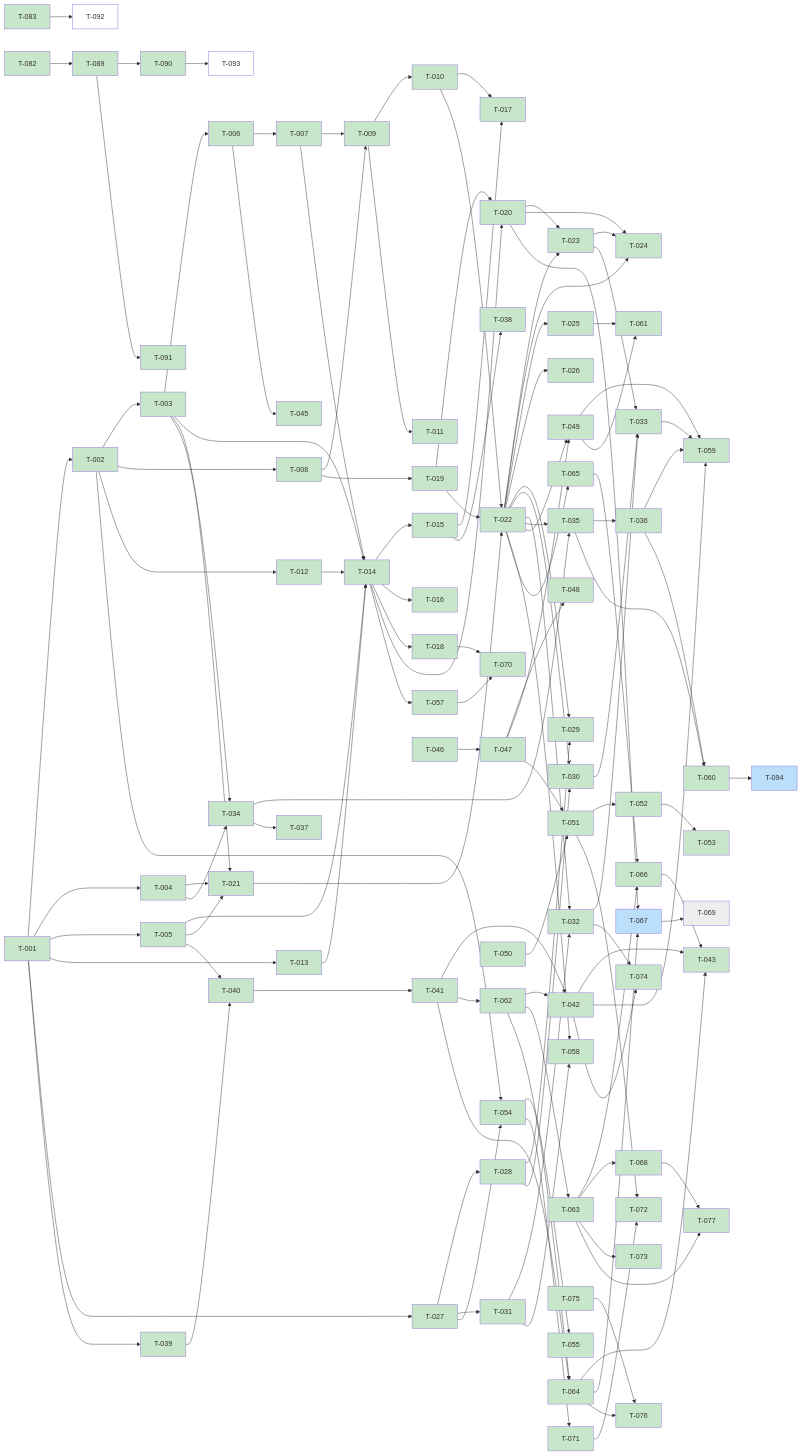
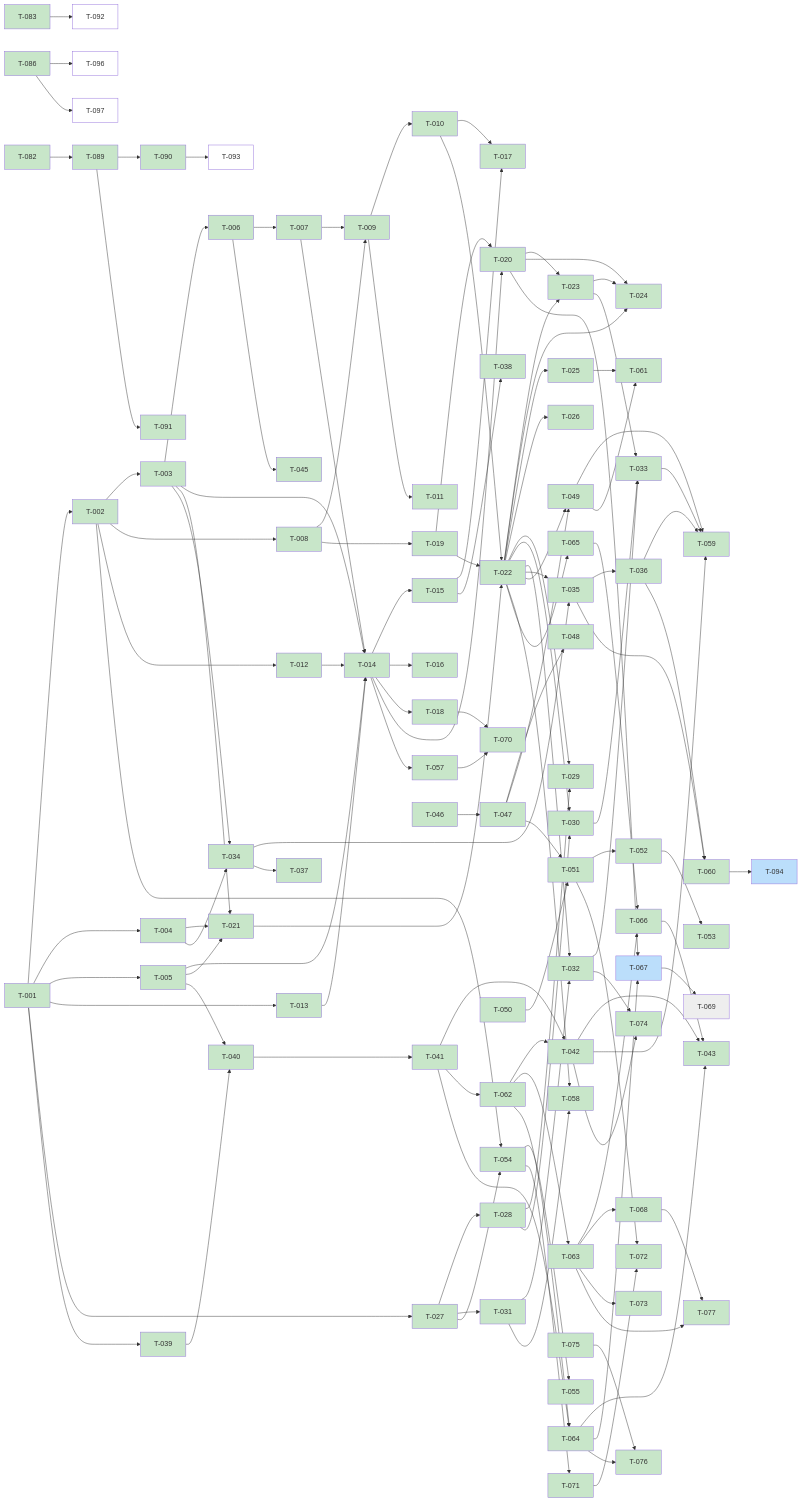
Before and after one commit to scholtz/biatec-chat: the diagram in kanban/BOARD.md, drawn with Mermaid. The commit also changed other lines of this file and 3 other files, not shown here.

````diff
--- a/kanban/BOARD.md
+++ b/kanban/BOARD.md
@@ -249,6 +252,8 @@
   T083[T-083] --> T092[T-092]
   T090[T-090] --> T093[T-093]
   T060[T-060] --> T094[T-094]
+  T086[T-086] --> T096[T-096]
+  T086[T-086] --> T097[T-097]
   classDef done fill:#c8e6c9
   classDef review fill:#fff9c4
   classDef inprogress fill:#bbdefb
@@ -256,6 +261,6 @@
   classDef blocked fill:#eeeeee
   class T001,T002,T003,T004,T005,T006,T007,T008,T009,T010,T011,T012,T013,T014,T015,T016,T017,T018,T019,T020,T021,T022,T023,T024,T025,T026,T027,T028,T029,T030,T031,T032,T033,T034,T035,T036,T037,T038,T039,T040,T041,T042,T043,T044,T045,T046,T047,T048,T049,T050,T051,T052,T053,T054,T055,T056,T057,T058,T059,T060,T061,T062,T063,T064,T065,T066,T068,T070,T071,T072,T073,T074,T075,T076,T077,T078,T079,T080,T081,T082,T083,T084,T086,T089,T090,T091 done
   class T087,T088,T094,T067 inprogress
-  class T085,T092,T093 backlog
+  class T095,T085,T092,T093,T096,T097 backlog
   class T069 blocked
 ```
````
